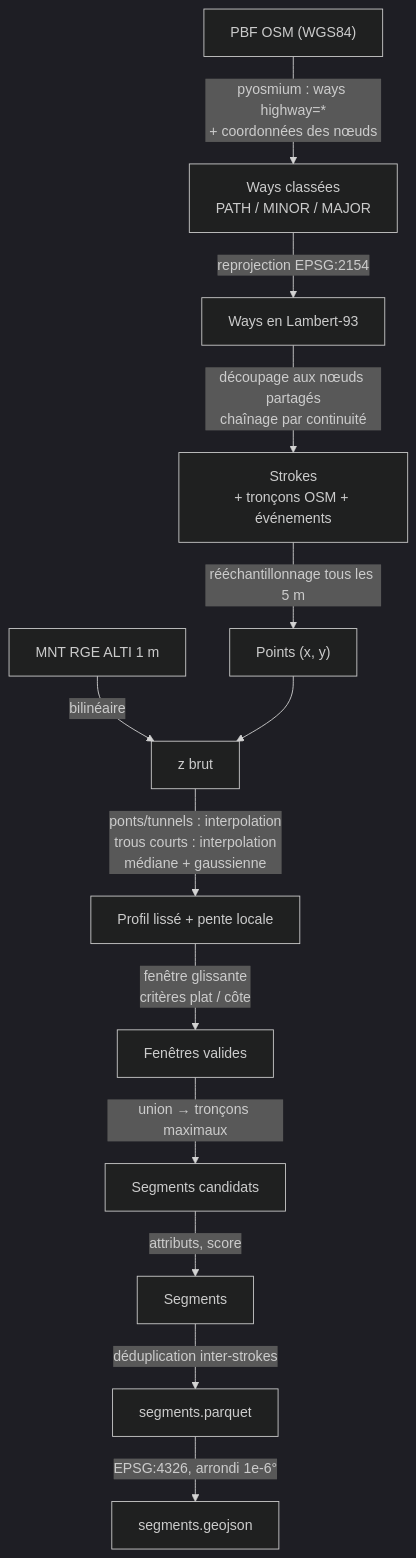
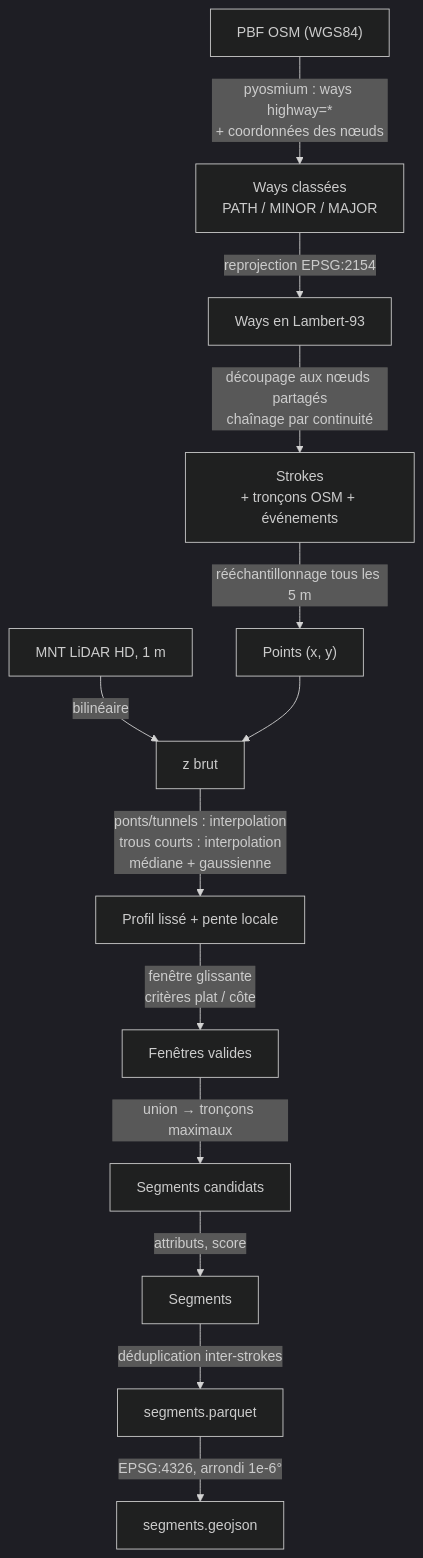
The fourth of 4 diagrams in docs/architecture.md (jsilobre/Flat-segments), drawn with Mermaid (dark theme) before and after one commit. The commit also changed other lines of this file and 8 other files, not shown here.

````diff
--- a/docs/architecture.md
+++ b/docs/architecture.md
@@ -217,15 +217,15 @@
 ```mermaid
 flowchart TD
     A["PBF OSM (WGS84)"] -->|"pyosmium : ways highway=*<br/>+ coordonnées des nœuds"| B["Ways classées<br/>PATH / MINOR / MAJOR"]
     B -->|"reprojection EPSG:2154"| C["Ways en Lambert-93"]
     C -->|"découpage aux nœuds partagés<br/>chaînage par continuité"| D["Strokes<br/>+ tronçons OSM + événements"]
     D -->|"rééchantillonnage tous les 5 m"| E["Points (x, y)"]
-    F["MNT RGE ALTI 1 m"] -->|bilinéaire| G["z brut"]
+    F["MNT LiDAR HD, 1 m"] -->|bilinéaire| G["z brut"]
     E --> G
     G -->|"ponts/tunnels : interpolation<br/>trous courts : interpolation<br/>médiane + gaussienne"| H["Profil lissé + pente locale"]
     H -->|"fenêtre glissante<br/>critères plat / côte"| I["Fenêtres valides"]
     I -->|"union → tronçons maximaux"| J["Segments candidats"]
     J -->|"attributs, score"| K["Segments"]
     K -->|"déduplication inter-strokes"| L["segments.parquet"]
     L -->|"EPSG:4326, arrondi 1e-6°"| M["segments.geojson"]
 ```
````
